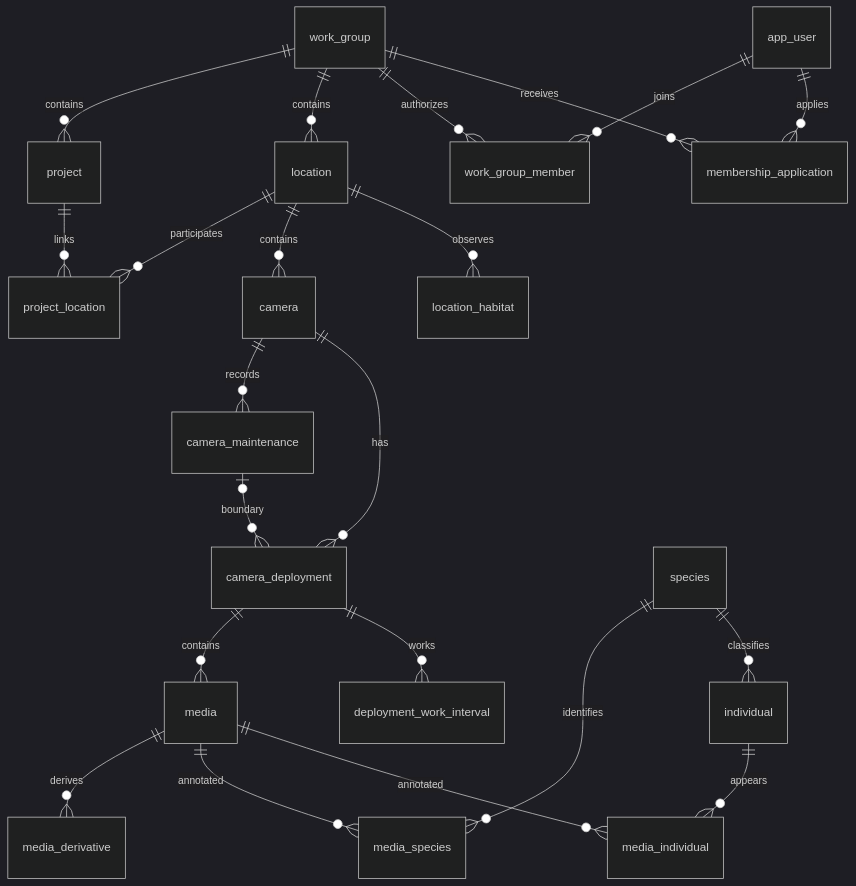
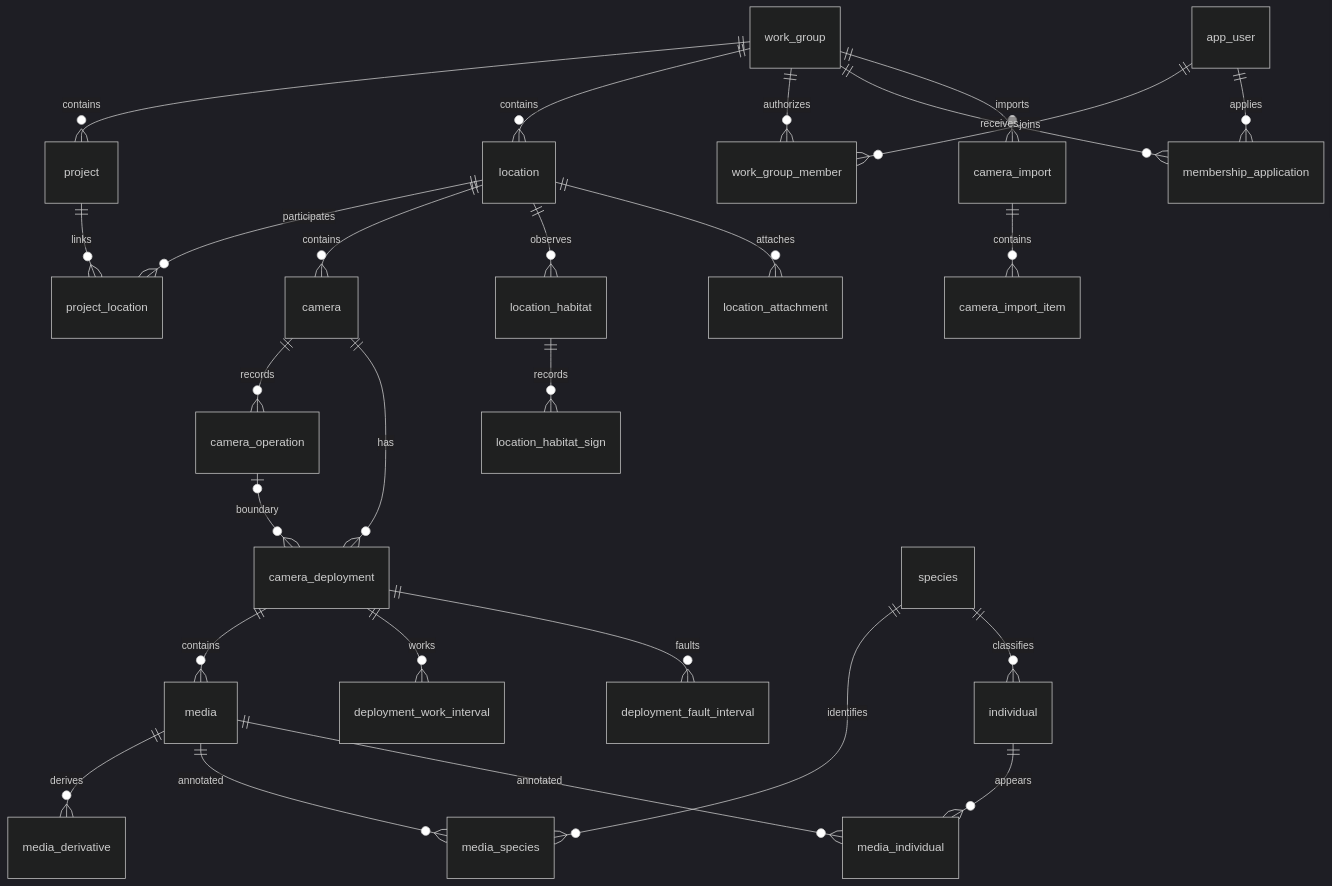
One commit to xuneree/WildlifeDATA changed the diagram in docs/database/wildlife_database_design_v1_5.md. Above: the diagram before and after it, drawn with Mermaid (dark theme). The commit also changed other lines of this file and 4 other files, not shown here.

````diff
--- a/docs/database/wildlife_database_design_v1_5.md
+++ b/docs/database/wildlife_database_design_v1_5.md
@@ -73,24 +56,29 @@
 ```mermaid
 erDiagram
     work_group ||--o{ project : contains
     work_group ||--o{ location : contains
     project ||--o{ project_location : links
     location ||--o{ project_location : participates
     location ||--o{ camera : contains
-    camera ||--o{ camera_maintenance : records
+    camera ||--o{ camera_operation : records
     camera ||--o{ camera_deployment : has
-    camera_maintenance o|--o{ camera_deployment : boundary
+    camera_operation o|--o{ camera_deployment : boundary
     camera_deployment ||--o{ media : contains
     media ||--o{ media_derivative : derives
     media ||--o{ media_species : annotated
     species ||--o{ media_species : identifies
     media ||--o{ media_individual : annotated
     individual ||--o{ media_individual : appears
     species ||--o{ individual : classifies
     app_user ||--o{ work_group_member : joins
     work_group ||--o{ work_group_member : authorizes
     app_user ||--o{ membership_application : applies
     work_group ||--o{ membership_application : receives
     location ||--o{ location_habitat : observes
     camera_deployment ||--o{ deployment_work_interval : works
+    camera_deployment ||--o{ deployment_fault_interval : faults
+    location ||--o{ location_attachment : attaches
+    location_habitat ||--o{ location_habitat_sign : records
+    work_group ||--o{ camera_import : imports
+    camera_import ||--o{ camera_import_item : contains
 ```
````
